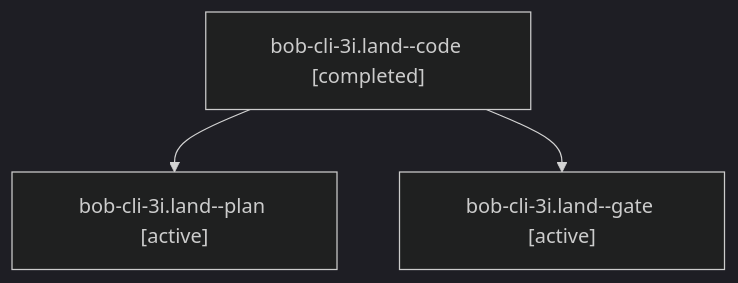
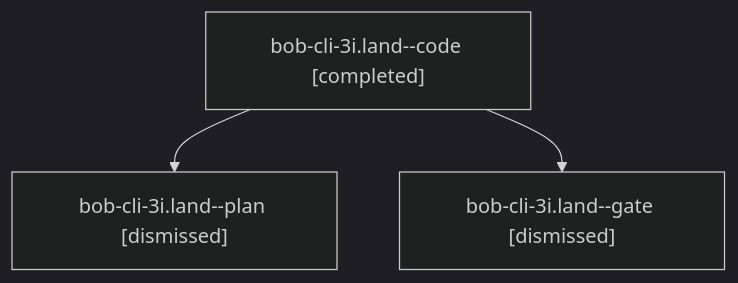
The diagram in sessions/bbugyi200.athena.bob-cli-3i.land.md (bobs-org/bob-cli--agents), drawn with Mermaid (dark theme) before and after one commit. The commit also changed other lines of this file and 54 other files, not shown here.

````diff
--- a/sessions/bbugyi200.athena.bob-cli-3i.land.md
+++ b/sessions/bbugyi200.athena.bob-cli-3i.land.md
@@ -9,8 +9,8 @@
 ```mermaid
 flowchart TD
   n0["bob-cli-3i.land--code [completed]"]
-  n1["bob-cli-3i.land--plan [active]"]
+  n1["bob-cli-3i.land--plan [dismissed]"]
   n0 --> n1
-  n2["bob-cli-3i.land--gate [active]"]
+  n2["bob-cli-3i.land--gate [dismissed]"]
   n0 --> n2
 ```
````
